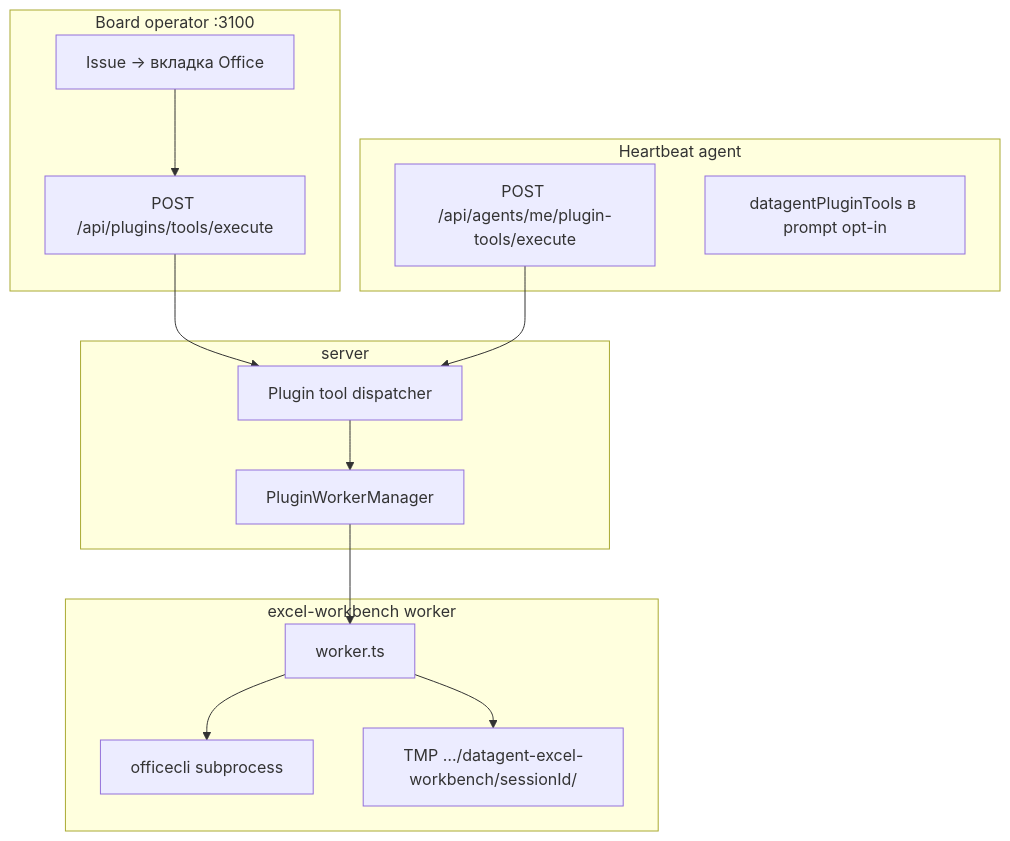
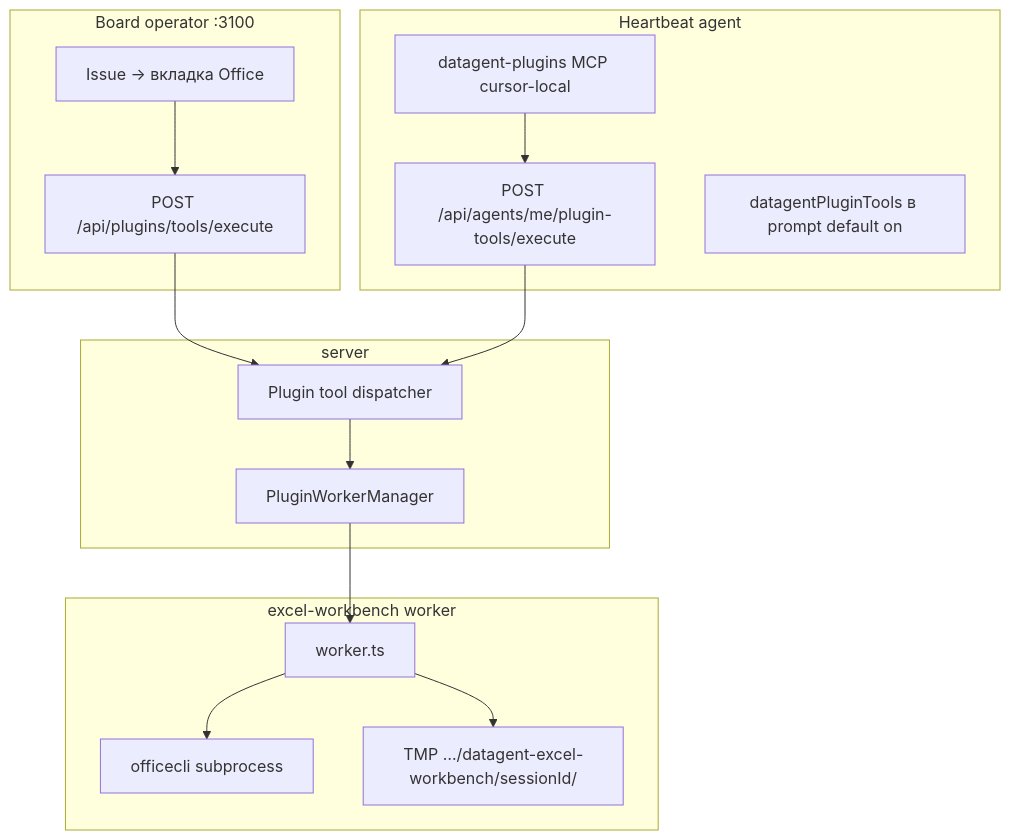
One commit to Dmitriion/datagent-docs changed the first of 2 diagrams in docs/office/excel-pptx.md. Above: the diagram before and after it, drawn with Mermaid. The commit also changed other lines of this file and 4 other files, not shown here.

````diff
--- a/docs/office/excel-pptx.md
+++ b/docs/office/excel-pptx.md
@@ -46,24 +46,26 @@
 ```mermaid
 flowchart TB
   subgraph board [Board operator :3100]
     Tab["Issue → вкладка Office"]
     Exec["POST /api/plugins/tools/execute"]
   end
   subgraph agent [Heartbeat agent]
     JWT["POST /api/agents/me/plugin-tools/execute"]
-    Prompt["datagentPluginTools в prompt opt-in"]
+    Prompt["datagentPluginTools в prompt default on"]
+    MCP["datagent-plugins MCP cursor-local"]
   end
   subgraph host [server]
     PWM["PluginWorkerManager"]
     Disp["Plugin tool dispatcher"]
   end
   subgraph worker [excel-workbench worker]
     EW["worker.ts"]
     CLI["officecli subprocess"]
     Tmp["TMP …/datagent-excel-workbench/sessionId/"]
   end
   Tab --> Exec --> Disp --> PWM --> EW
   JWT --> Disp
+  MCP --> JWT
   EW --> CLI
   EW --> Tmp
 ```
````
